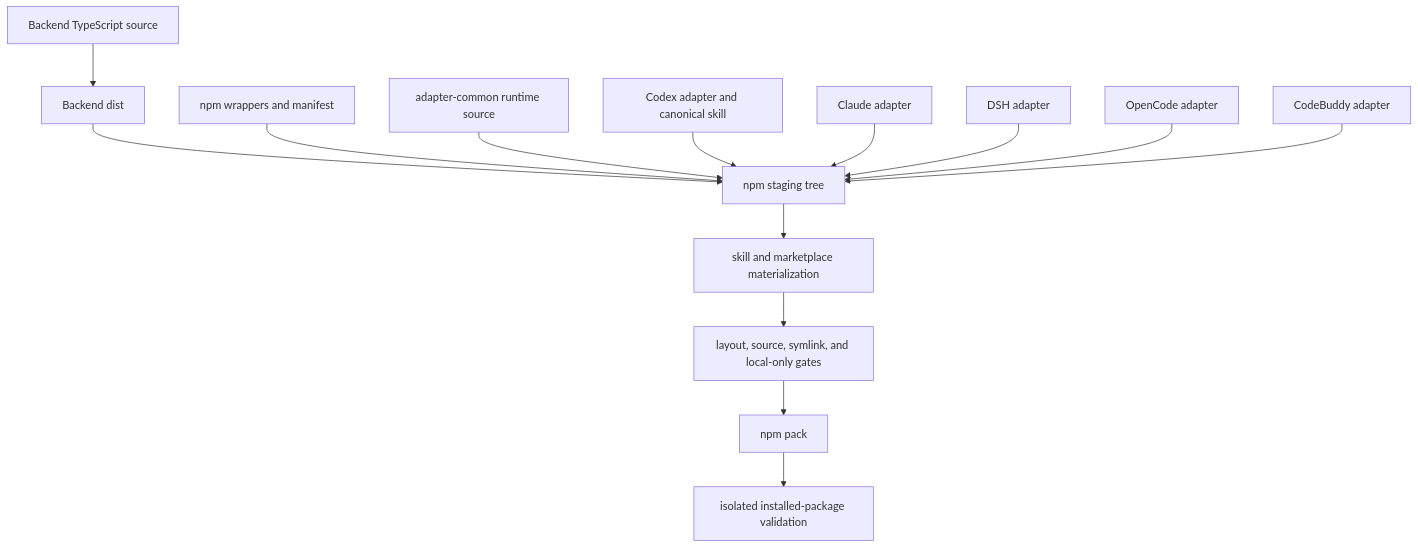
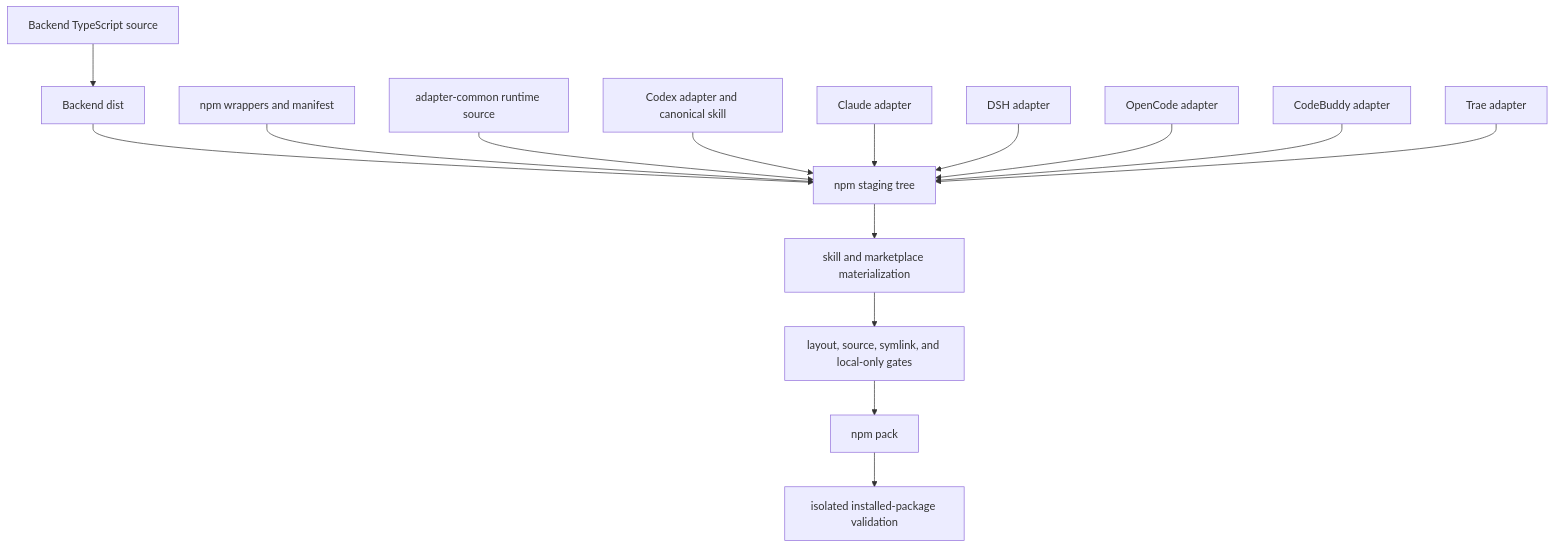
One commit to memorax-ai/memorax-code changed the sixth of 6 diagrams in ARCHITECTURE.md. Above: the diagram before and after it, drawn with Mermaid. The commit also changed other lines of this file and 41 other files, not shown here.

Commit message:
feat:(trae) add managed Hook adapter

````diff
--- a/ARCHITECTURE.md
+++ b/ARCHITECTURE.md
@@ -731,31 +760,33 @@
 ```mermaid
 flowchart TD
   BackendSource["Backend TypeScript source"]
   BackendBuild["Backend dist"]
   NpmSource["npm wrappers and manifest"]
   CommonSource["adapter-common runtime source"]
   CodexSource["Codex adapter and canonical skill"]
   ClaudeSource["Claude adapter"]
   DshSource["DSH adapter"]
   OpenCodeSource["OpenCode adapter"]
   CodeBuddySource["CodeBuddy adapter"]
+  TraeSource["Trae adapter"]
   Stage["npm staging tree"]
   Materialize["skill and marketplace materialization"]
   Gates["layout, source, symlink, and local-only gates"]
   Pack["npm pack"]
   InstallTest["isolated installed-package validation"]
 
   BackendSource --> BackendBuild
   BackendBuild --> Stage
   NpmSource --> Stage
   CommonSource --> Stage
   CodexSource --> Stage
   ClaudeSource --> Stage
   DshSource --> Stage
   OpenCodeSource --> Stage
   CodeBuddySource --> Stage
+  TraeSource --> Stage
   Stage --> Materialize
   Materialize --> Gates
   Gates --> Pack
   Pack --> InstallTest
 ```
````
